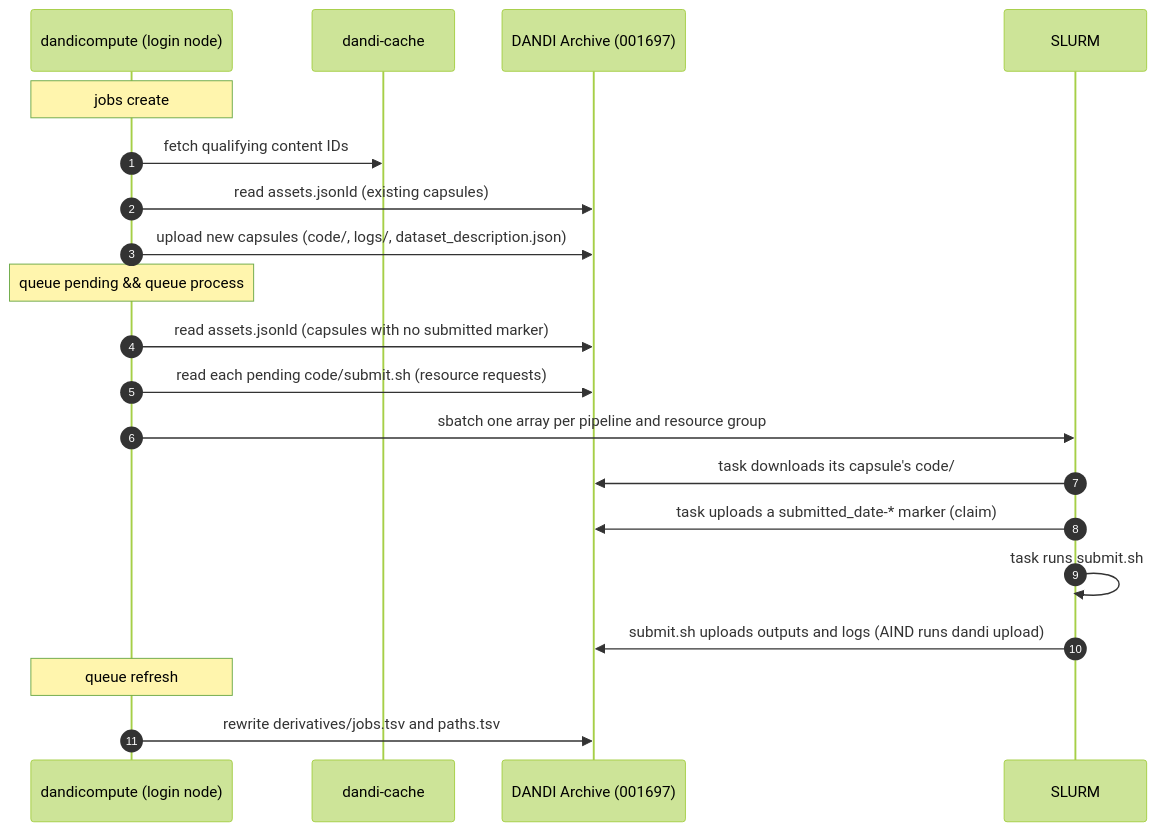
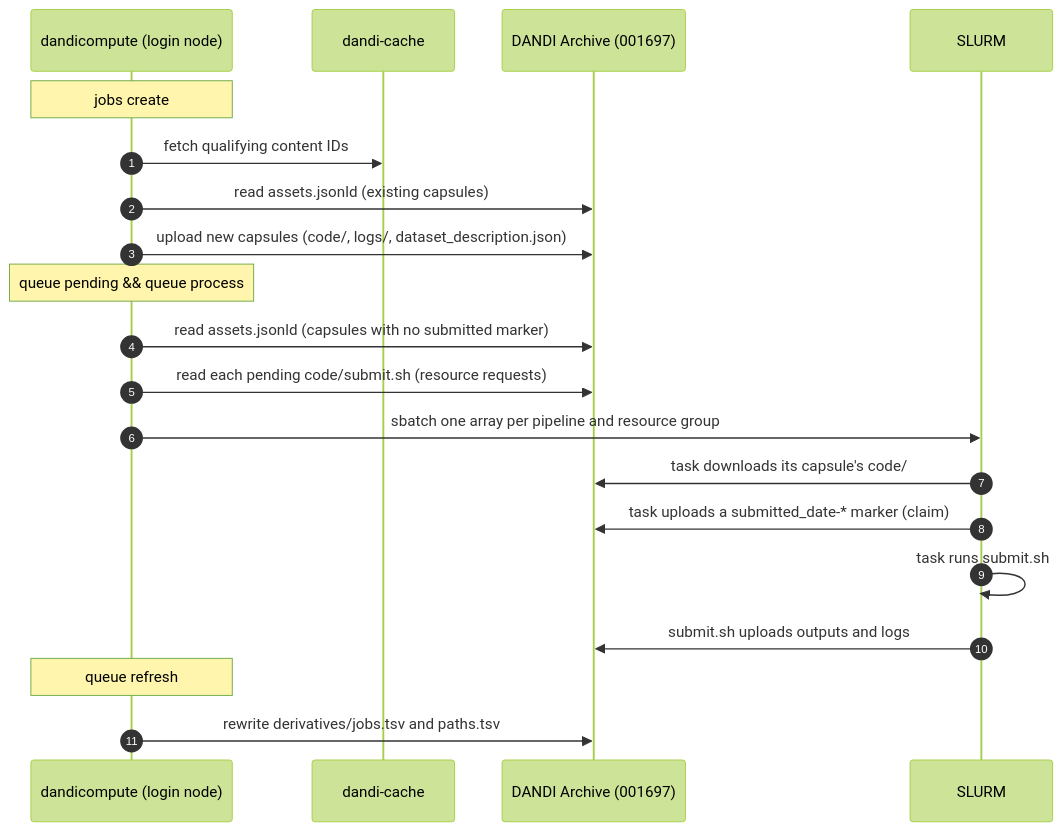
Before and after one commit to dandi-compute/dandi-compute-core: the second of 2 diagrams in docs/overview.md, drawn with Mermaid (forest theme). The commit also changed 3 other files, not shown here.

````diff
--- a/docs/overview.md
+++ b/docs/overview.md
@@ -72,26 +72,26 @@
 ```mermaid
 sequenceDiagram
     autonumber
     participant CLI as dandicompute (login node)
     participant Cache as dandi-cache
     participant DANDI as DANDI Archive (001697)
     participant SLURM
 
     Note over CLI: jobs create
     CLI->>Cache: fetch qualifying content IDs
     CLI->>DANDI: read assets.jsonld (existing capsules)
     CLI->>DANDI: upload new capsules (code/, logs/, dataset_description.json)
 
     Note over CLI: queue pending && queue process
     CLI->>DANDI: read assets.jsonld (capsules with no submitted marker)
     CLI->>DANDI: read each pending code/submit.sh (resource requests)
     CLI->>SLURM: sbatch one array per pipeline and resource group
 
     SLURM->>DANDI: task downloads its capsule's code/
     SLURM->>DANDI: task uploads a submitted_date-* marker (claim)
     SLURM->>SLURM: task runs submit.sh
-    SLURM->>DANDI: submit.sh uploads outputs and logs (AIND runs dandi upload)
+    SLURM->>DANDI: submit.sh uploads outputs and logs
 
     Note over CLI: queue refresh
     CLI->>DANDI: rewrite derivatives/jobs.tsv and paths.tsv
 ```
````
